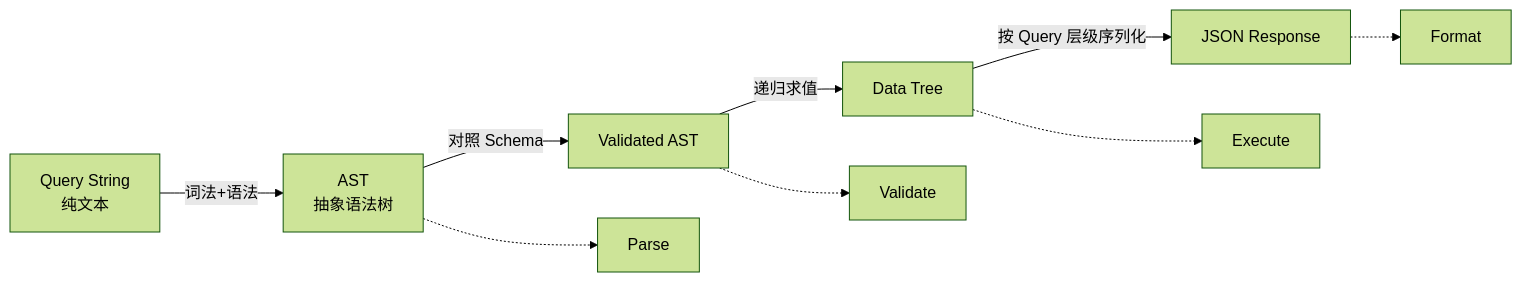
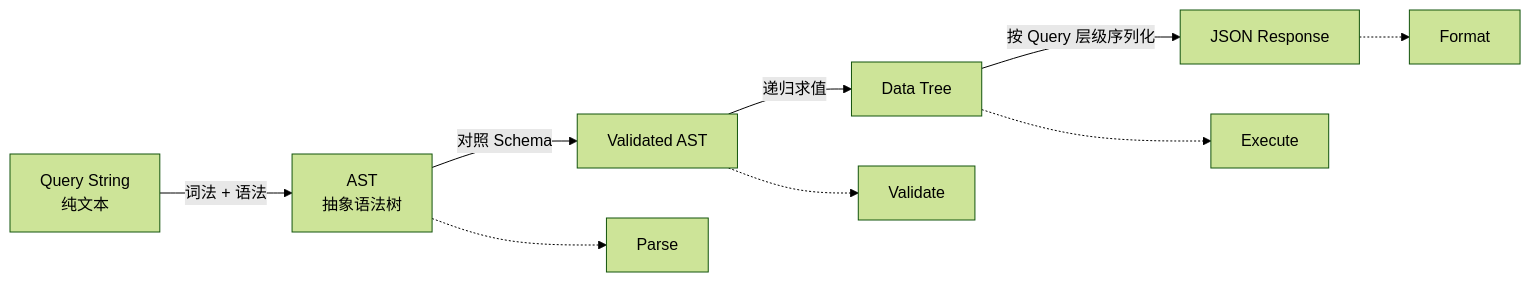
One commit to wsafight/personBlog changed the second of 2 diagrams in src/content/posts/graphql-query-execution.md. Above: the diagram before and after it, drawn with Mermaid (forest theme). The commit also changed other lines of this file, not shown here.

Commit message:
docs(graphql-docs): 修正mermaid图表的引号和文本格式

````diff
--- a/src/content/posts/graphql-query-execution.md
+++ b/src/content/posts/graphql-query-execution.md
@@ -60,12 +62,12 @@
 ```mermaid
 flowchart LR
-    A[Query String<br/>纯文本] -->|词法+语法| B[AST<br/>抽象语法树]
-    B -->|对照 Schema| C[Validated AST]
-    C -->|递归求值| D[Data Tree]
-    D -->|按 Query 层级序列化| E[JSON Response]
+    A["Query String<br/>纯文本"] -->|词法 + 语法| B["AST<br/>抽象语法树"]
+    B -->|对照 Schema| C["Validated AST"]
+    C -->|递归求值| D["Data Tree"]
+    D -->|按 Query 层级序列化| E["JSON Response"]
 
-    B -.-> B1[Parse]
-    C -.-> C1[Validate]
-    D -.-> D1[Execute]
-    E -.-> E1[Format]
+    B -.-> B1["Parse"]
+    C -.-> C1["Validate"]
+    D -.-> D1["Execute"]
+    E -.-> E1["Format"]
 ```
````
